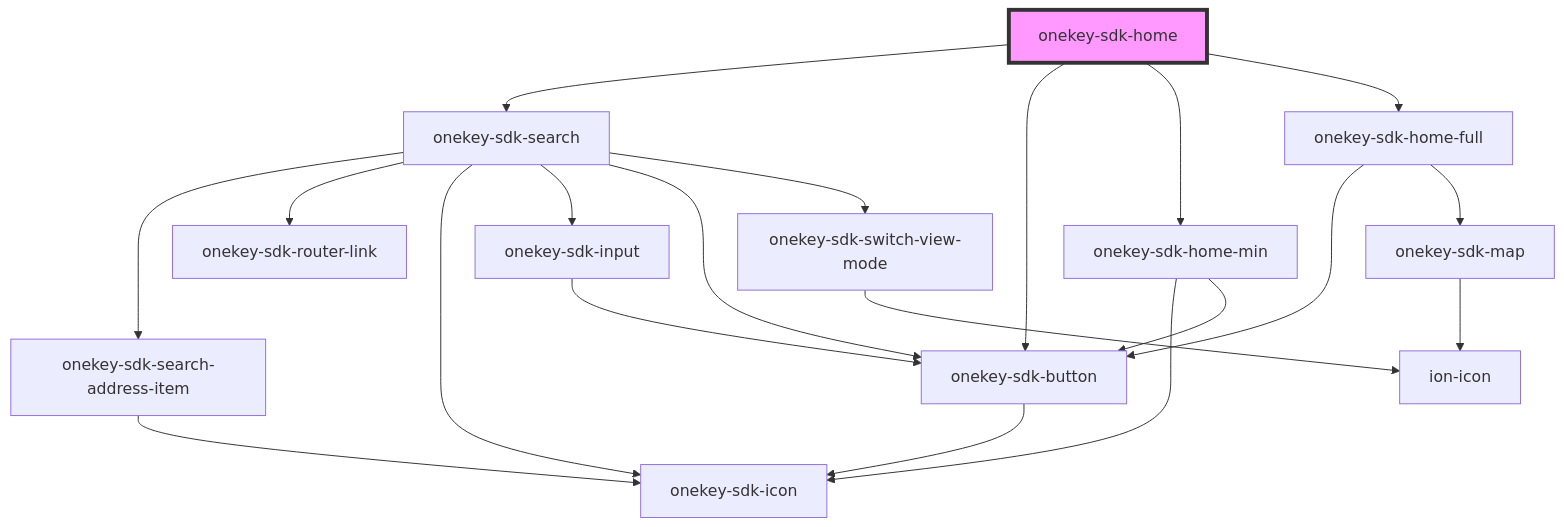
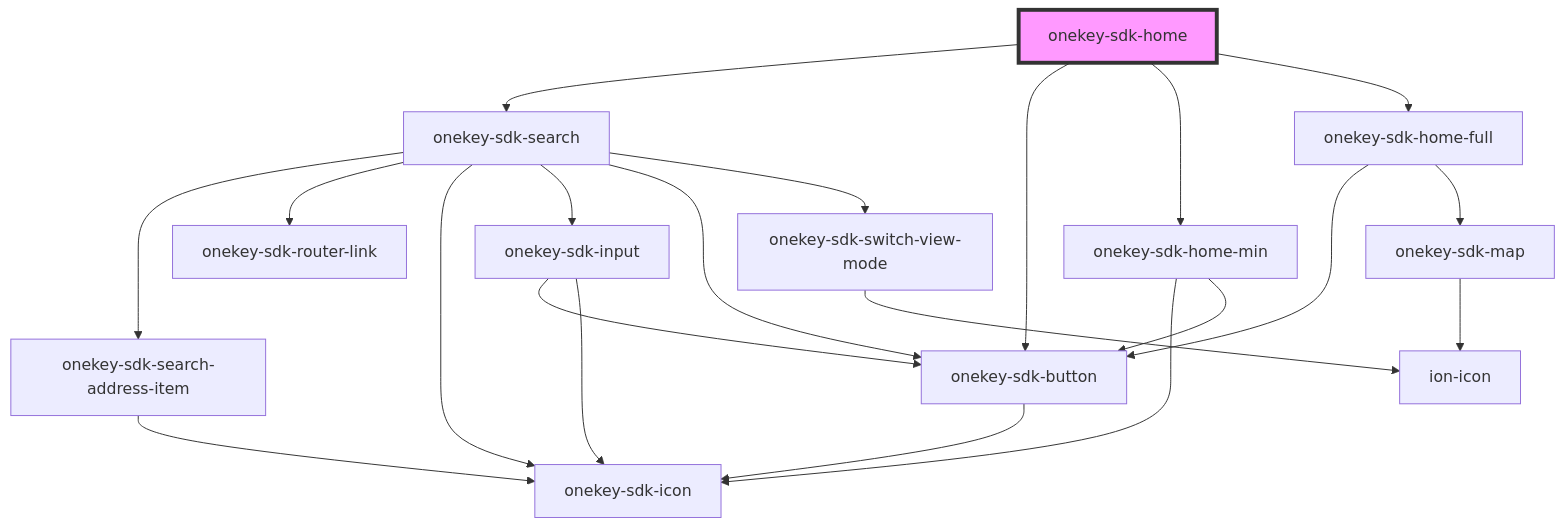
Before and after one commit to hcl-sdk/HealthCareLocatorWebSDK: the diagram in packages/onekey-sdk-web-ui/docs/components/screens/onekey-sdk-home/readme.md, drawn with Mermaid. The commit also changed 12 other files, not shown here.

````diff
--- a/packages/onekey-sdk-web-ui/docs/components/screens/onekey-sdk-home/readme.md
+++ b/packages/onekey-sdk-web-ui/docs/components/screens/onekey-sdk-home/readme.md
@@ -18,23 +18,24 @@
 ```mermaid
 graph TD;
   onekey-sdk-home --> onekey-sdk-search
   onekey-sdk-home --> onekey-sdk-button
   onekey-sdk-home --> onekey-sdk-home-min
   onekey-sdk-home --> onekey-sdk-home-full
   onekey-sdk-search --> onekey-sdk-search-address-item
   onekey-sdk-search --> onekey-sdk-router-link
   onekey-sdk-search --> onekey-sdk-icon
   onekey-sdk-search --> onekey-sdk-input
   onekey-sdk-search --> onekey-sdk-button
   onekey-sdk-search --> onekey-sdk-switch-view-mode
   onekey-sdk-search-address-item --> onekey-sdk-icon
   onekey-sdk-input --> onekey-sdk-button
+  onekey-sdk-input --> onekey-sdk-icon
   onekey-sdk-button --> onekey-sdk-icon
   onekey-sdk-switch-view-mode --> ion-icon
   onekey-sdk-home-min --> onekey-sdk-icon
   onekey-sdk-home-min --> onekey-sdk-button
   onekey-sdk-home-full --> onekey-sdk-button
   onekey-sdk-home-full --> onekey-sdk-map
   onekey-sdk-map --> ion-icon
   style onekey-sdk-home fill:#f9f,stroke:#333,stroke-width:4px
 ```
````
